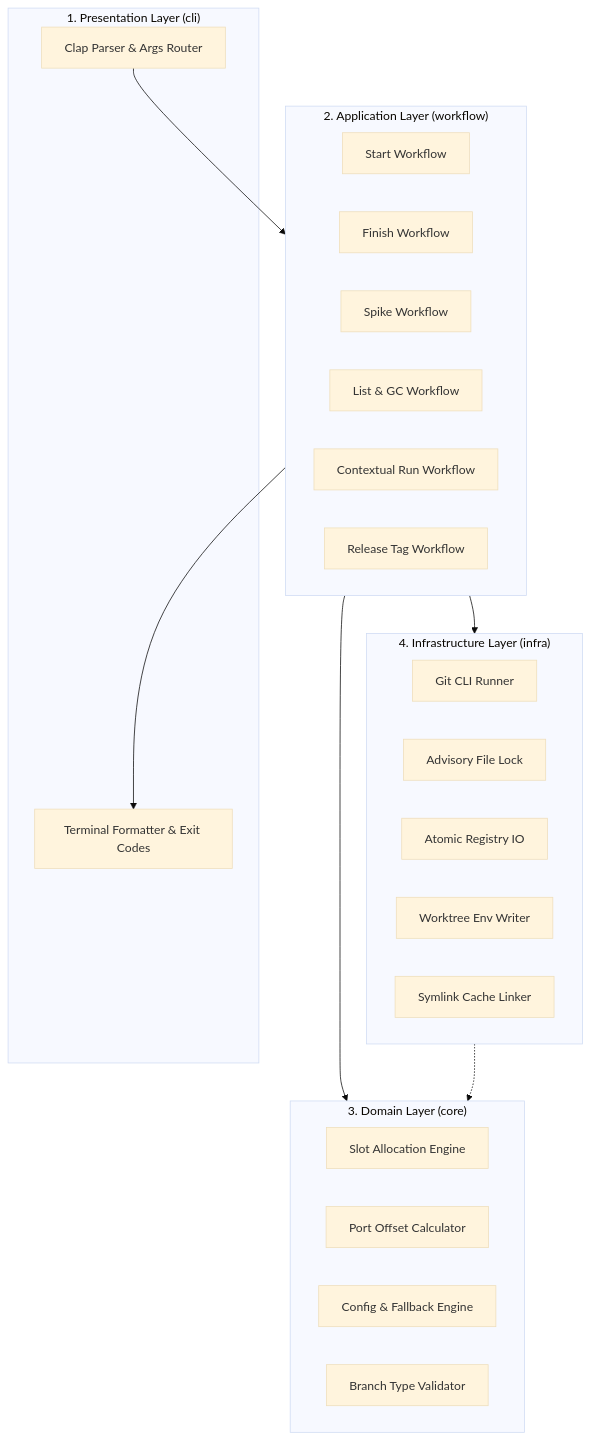
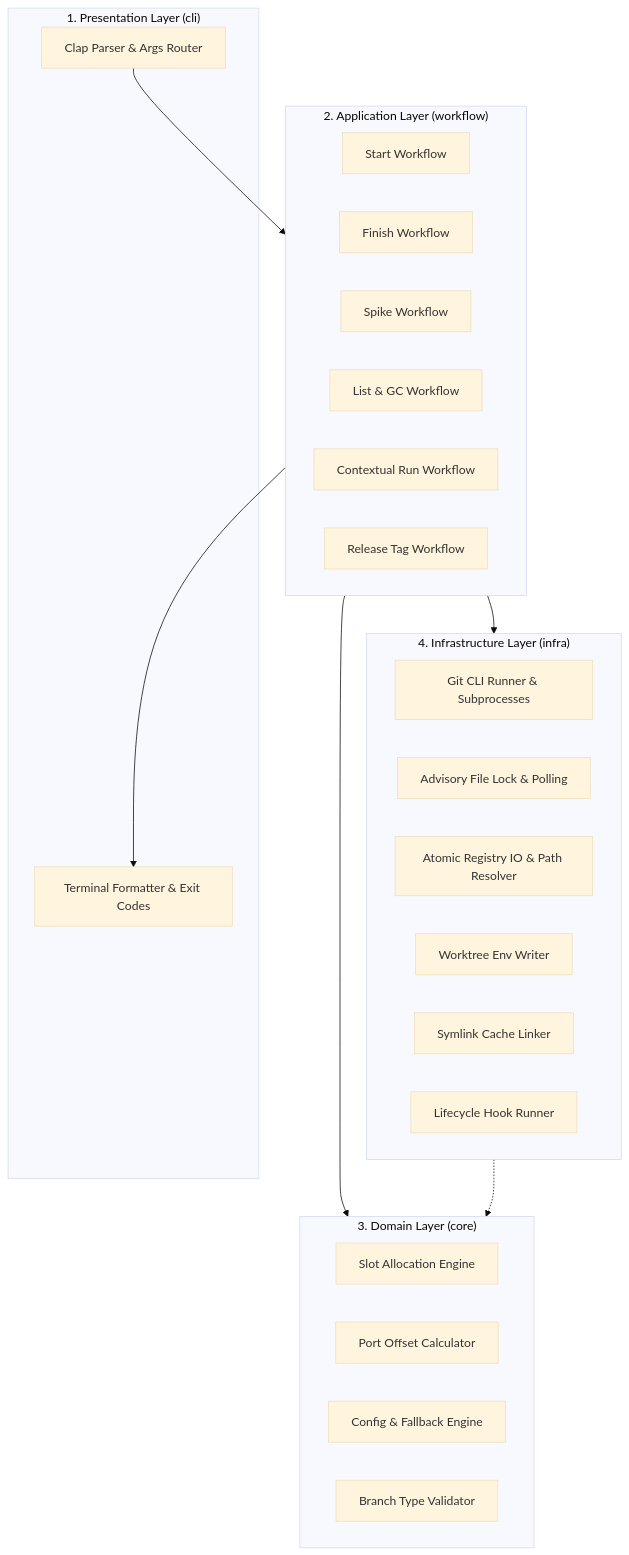
The first of 2 diagrams in _bmad-output/initiative-git-claw/architecture-git-claw/architecture-git-claw.md (jeremylanes/git-claw), drawn with Mermaid (base theme) before and after one commit. The commit also changed other lines of this file and 3 other files, not shown here.

Commit message:
chore(BMAD): finish architecture

````diff
--- a/_bmad-output/initiative-git-claw/architecture-git-claw/architecture-git-claw.md
+++ b/_bmad-output/initiative-git-claw/architecture-git-claw/architecture-git-claw.md
@@ -33,37 +33,38 @@
 ```mermaid
 flowchart TD
     subgraph Presentation["1. Presentation Layer (cli)"]
         CLI[Clap Parser & Args Router]
         Output[Terminal Formatter & Exit Codes]
     end
 
     subgraph Application["2. Application Layer (workflow)"]
         StartWF[Start Workflow]
         FinishWF[Finish Workflow]
         SpikeWF[Spike Workflow]
         ListWF[List & GC Workflow]
         RunWF[Contextual Run Workflow]
         TagWF[Release Tag Workflow]
     end
 
     subgraph Domain["3. Domain Layer (core)"]
         SlotModel[Slot Allocation Engine]
         PortCalc[Port Offset Calculator]
         ConfigModel[Config & Fallback Engine]
         BranchType[Branch Type Validator]
     end
 
     subgraph Infrastructure["4. Infrastructure Layer (infra)"]
-        GitCmd[Git CLI Runner]
-        FileLock[Advisory File Lock]
-        RegistryIO[Atomic Registry IO]
+        GitCmd[Git CLI Runner & Subprocesses]
+        FileLock[Advisory File Lock & Polling]
+        RegistryIO[Atomic Registry IO & Path Resolver]
         EnvWriter[Worktree Env Writer]
         FsLinker[Symlink Cache Linker]
+        HookRunner[Lifecycle Hook Runner]
     end
 
     CLI --> Application
     Application --> Domain
     Application --> Infrastructure
     Infrastructure -.-> Domain
     Application --> Output
 ```
````
